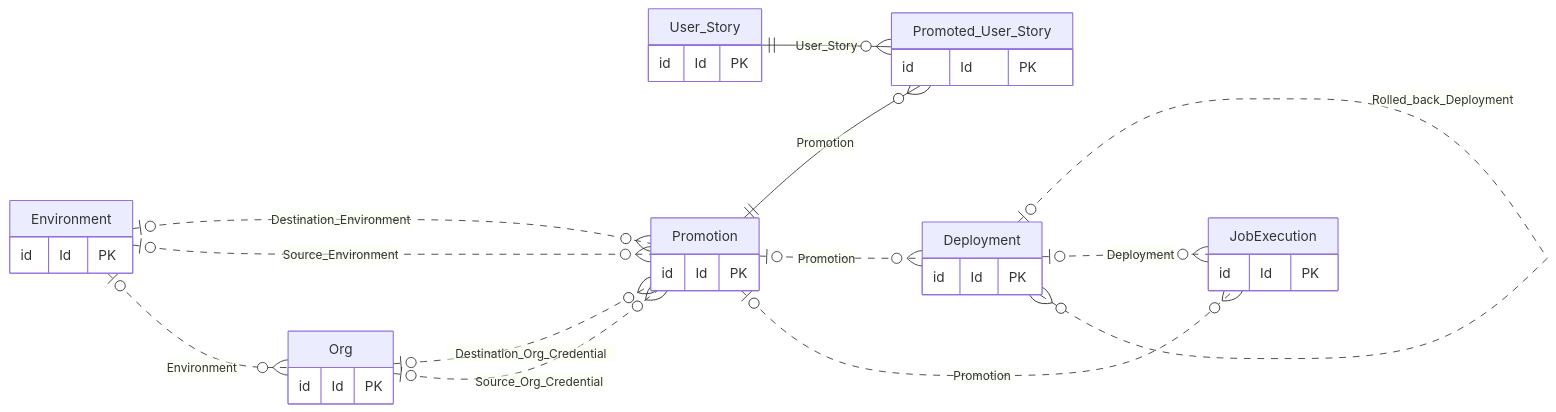
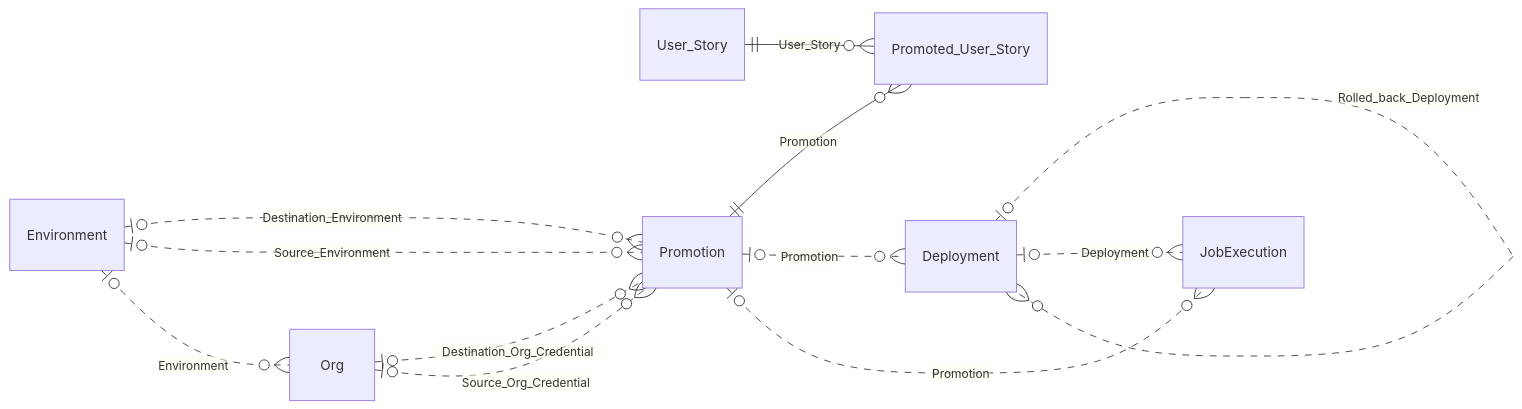
One commit to airbah/monsite changed the diagram in resources/copado-source-format/03-promotions.mmd. Above: the diagram before and after it, drawn with Mermaid. The commit also changed 19 other files, not shown here.

Commit message:
Simplifier les diagrammes Copado en retirant la ligne Id et PK

```diff
--- a/resources/copado-source-format/03-promotions.mmd
+++ b/resources/copado-source-format/03-promotions.mmd
@@ -1,34 +1,20 @@
 erDiagram
     direction LR
-    User_Story {
-        id Id PK
-    }
-    Promoted_User_Story {
-        id Id PK
-    }
-    Promotion {
-        id Id PK
-    }
-    Deployment {
-        id Id PK
-    }
-    Environment {
-        id Id PK
-    }
-    Org {
-        id Id PK
-    }
-    JobExecution {
-        id Id PK
-    }
+    User_Story
+    Promoted_User_Story
+    Promotion
+    Deployment
+    Environment
+    Org
+    JobExecution
     Environment |o..o{ Promotion : "Destination_Environment"
     Org |o..o{ Promotion : "Destination_Org_Credential"
     Environment |o..o{ Promotion : "Source_Environment"
     Org |o..o{ Promotion : "Source_Org_Credential"
     User_Story ||--o{ Promoted_User_Story : "User_Story"
     Promotion ||--o{ Promoted_User_Story : "Promotion"
     Promotion |o..o{ Deployment : "Promotion"
     Deployment |o..o{ Deployment : "Rolled_back_Deployment"
     Environment |o..o{ Org : "Environment"
     Deployment |o..o{ JobExecution : "Deployment"
     Promotion |o..o{ JobExecution : "Promotion"
```
